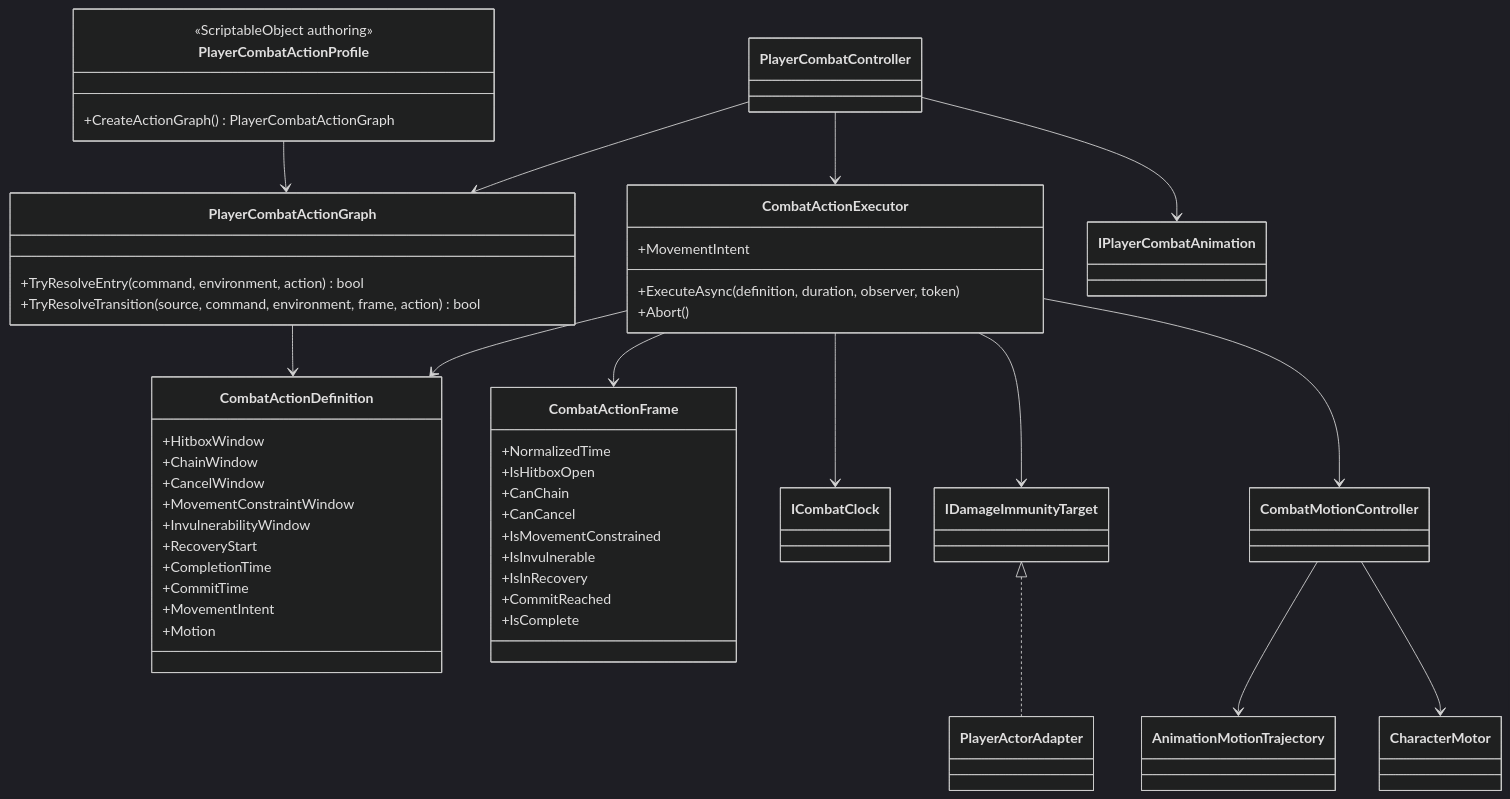
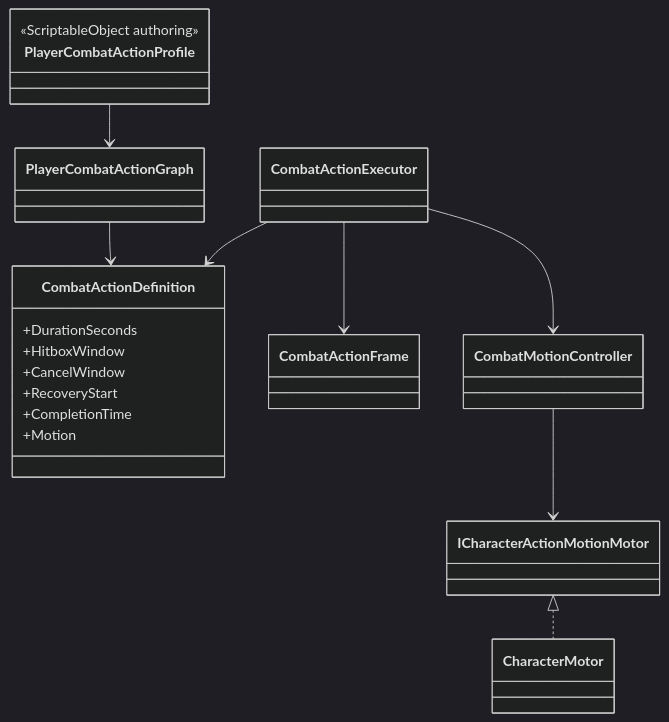
The diagram in Assets/_App/Core/Runtime/Combat/Actions/README.md (MaximFonariuc/project-s), drawn with Mermaid (dark theme) before and after one commit. The commit also changed other lines of this file and 190 other files, not shown here.

Commit message:
refactor: rebuild player animation with KurtzPel Mecanim

````diff
--- a/Assets/_App/Core/Runtime/Combat/Actions/README.md
+++ b/Assets/_App/Core/Runtime/Combat/Actions/README.md
@@ -10,61 +5,28 @@
 ```mermaid
 classDiagram
-    class PlayerCombatController
     class PlayerCombatActionProfile {
         <<ScriptableObject authoring>>
-        +CreateActionGraph() PlayerCombatActionGraph
     }
-    class PlayerCombatActionGraph {
-        +TryResolveEntry(command, environment, action) bool
-        +TryResolveTransition(source, command, environment, frame, action) bool
-    }
+    class PlayerCombatActionGraph
     class CombatActionDefinition {
+        +DurationSeconds
         +HitboxWindow
-        +ChainWindow
         +CancelWindow
-        +MovementConstraintWindow
-        +InvulnerabilityWindow
         +RecoveryStart
         +CompletionTime
-        +CommitTime
-        +MovementIntent
         +Motion
     }
-    class CombatActionExecutor {
-        +ExecuteAsync(definition, duration, observer, token)
-        +Abort()
-        +MovementIntent
-    }
-    class CombatActionFrame {
-        +NormalizedTime
-        +IsHitboxOpen
-        +CanChain
-        +CanCancel
-        +IsMovementConstrained
-        +IsInvulnerable
-        +IsInRecovery
-        +CommitReached
-        +IsComplete
-    }
-    class ICombatClock
-    class IDamageImmunityTarget
-    class PlayerActorAdapter
+    class CombatActionExecutor
+    class CombatActionFrame
     class CombatMotionController
-    class AnimationMotionTrajectory
+    class ICharacterActionMotionMotor
     class CharacterMotor
-    class IPlayerCombatAnimation
 
     PlayerCombatActionProfile --> PlayerCombatActionGraph
     PlayerCombatActionGraph --> CombatActionDefinition
-    PlayerCombatController --> PlayerCombatActionGraph
-    PlayerCombatController --> CombatActionExecutor
-    PlayerCombatController --> IPlayerCombatAnimation
     CombatActionExecutor --> CombatActionDefinition
     CombatActionExecutor --> CombatActionFrame
-    CombatActionExecutor --> ICombatClock
-    CombatActionExecutor --> IDamageImmunityTarget
-    IDamageImmunityTarget <|.. PlayerActorAdapter
     CombatActionExecutor --> CombatMotionController
-    CombatMotionController --> AnimationMotionTrajectory
-    CombatMotionController --> CharacterMotor
+    CombatMotionController --> ICharacterActionMotionMotor
+    ICharacterActionMotionMotor <|.. CharacterMotor
 ```
````
